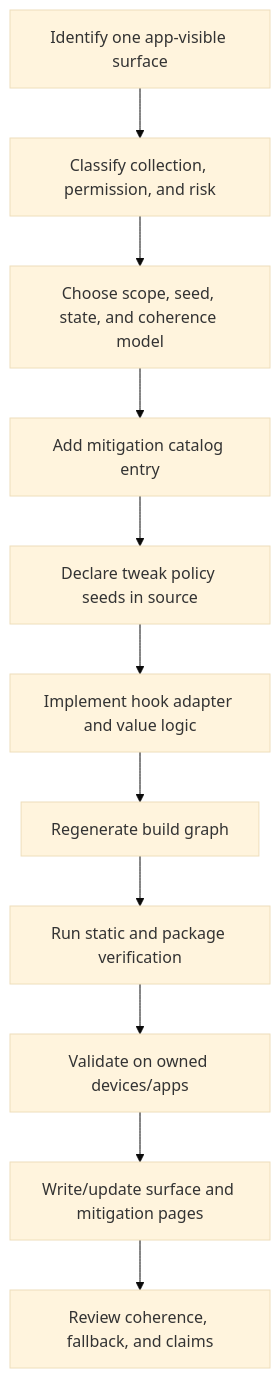
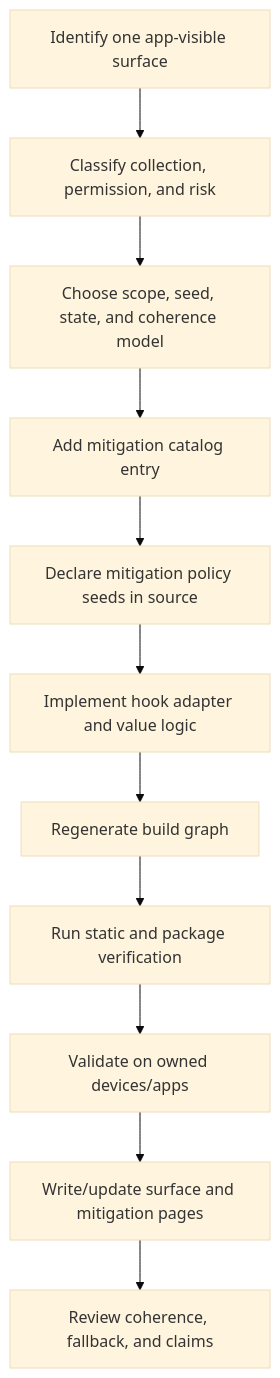
One commit to alecs297/loupehole changed the diagram in docs/development/adding-a-mitigation.md. Above: the diagram before and after it, drawn with Mermaid (base theme). The commit also changed other lines of this file and 28 other files, not shown here.

````diff
--- a/docs/development/adding-a-mitigation.md
+++ b/docs/development/adding-a-mitigation.md
@@ -7,13 +7,13 @@
 ```mermaid
 flowchart TD
     Research["Identify one app-visible surface"] --> Classify["Classify collection, permission, and risk"]
     Classify --> Model["Choose scope, seed, state, and coherence model"]
     Model --> Catalog["Add mitigation catalog entry"]
-    Catalog --> Seeds["Declare tweak policy seeds in source"]
+    Catalog --> Seeds["Declare mitigation policy seeds in source"]
     Seeds --> Hook["Implement hook adapter and value logic"]
     Hook --> Generate["Regenerate build graph"]
     Generate --> Verify["Run static and package verification"]
     Verify --> Device["Validate on owned devices/apps"]
     Device --> Docs["Write/update surface and mitigation pages"]
     Docs --> Review["Review coherence, fallback, and claims"]
 ```
````
